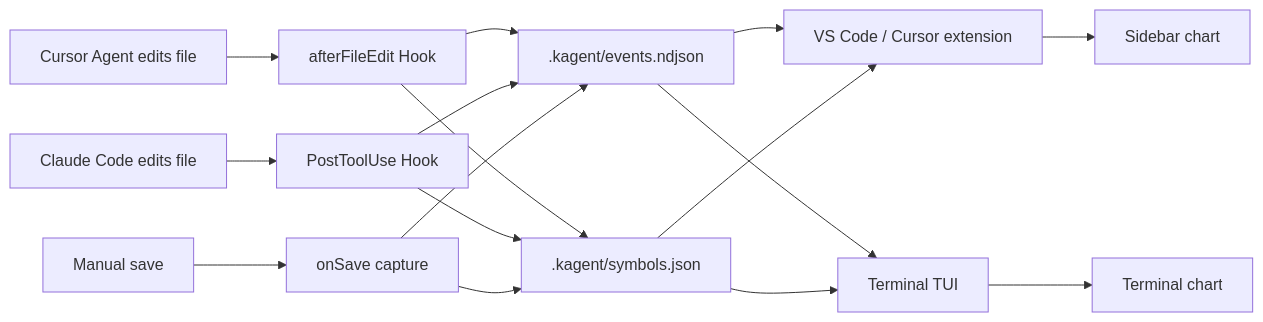
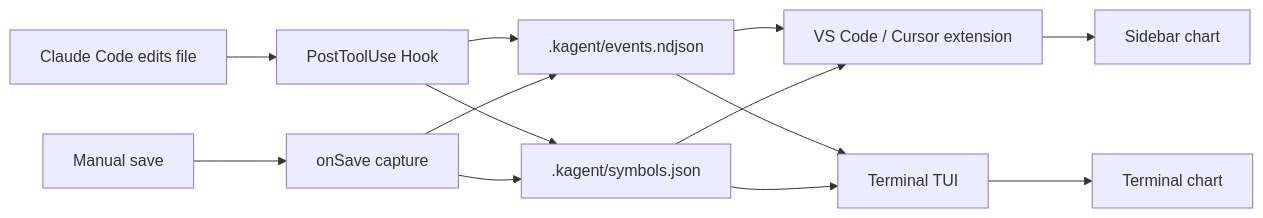
Before and after one commit to Enigma-Soul/KAgent-CC: the diagram in README.en.md, drawn with Mermaid. The commit also changed other lines of this file and 3 other files, not shown here.

````diff
--- a/README.en.md
+++ b/README.en.md
@@ -143,18 +155,15 @@
 ```mermaid
 flowchart LR
-  A1[Cursor Agent edits file] --> B1[afterFileEdit Hook]
-  A2[Claude Code edits file] --> B2[PostToolUse Hook]
-  A3[Manual save] --> B3[onSave capture]
+  A1[Claude Code edits file] --> B1[PostToolUse Hook]
+  A2[Manual save] --> B2[onSave capture]
   B1 --> C[".kagent/events.ndjson"]
   B1 --> D[".kagent/symbols.json"]
   B2 --> C
   B2 --> D
-  B3 --> C
-  B3 --> D
   C --> E1[VS Code / Cursor extension]
   C --> E2[Terminal TUI]
   D --> E1
   D --> E2
   E1 --> F1[Sidebar chart]
   E2 --> F2[Terminal chart]
 ```
````
